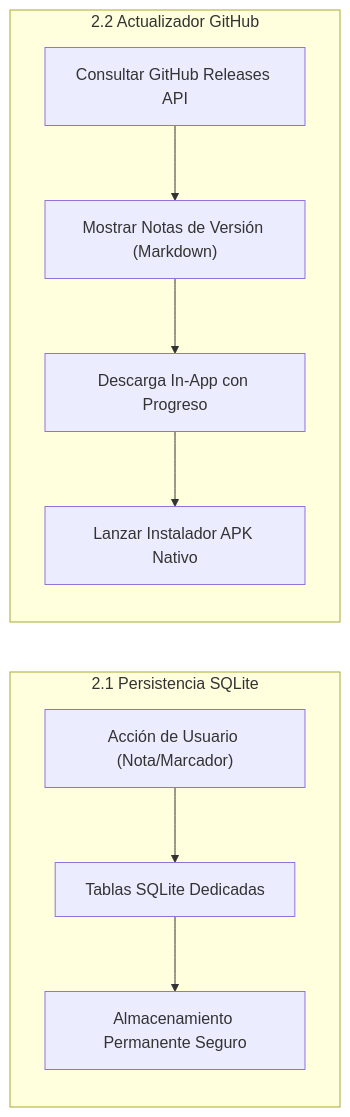
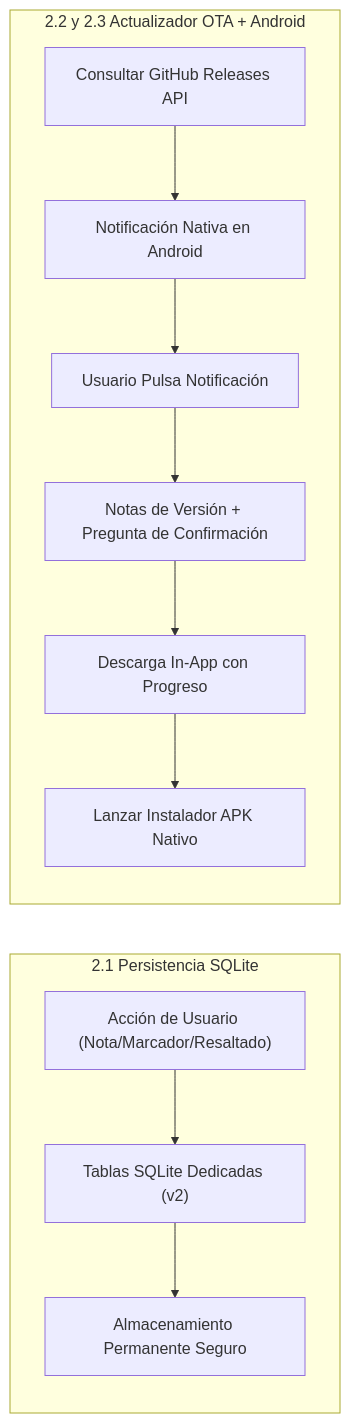
The second of 4 diagrams in Archivos_md/PLAN_IMPLEMENTACION.md (NetOpsSolutions/Berea_Interlineal), drawn with Mermaid before and after one commit. The commit also changed other lines of this file and 40 other files, not shown here.

First line of the commit message:
feat(ios): Add GitHub Actions iOS packaging workflow, .ipa support & Phase 3 UX

````diff
--- a/Archivos_md/PLAN_IMPLEMENTACION.md
+++ b/Archivos_md/PLAN_IMPLEMENTACION.md
@@ -37,12 +37,14 @@
 ```mermaid
 flowchart LR
     subgraph S1["2.1 Persistencia SQLite"]
-        UI["Acción de Usuario (Nota/Marcador)"] --> DB["Tablas SQLite Dedicadas"]
+        UI["Acción de Usuario (Nota/Marcador/Resaltado)"] --> DB["Tablas SQLite Dedicadas (v2)"]
         DB --> Disk["Almacenamiento Permanente Seguro"]
     end
-    subgraph S2["2.2 Actualizador GitHub"]
-        Check["Consultar GitHub Releases API"] --> Modal["Mostrar Notas de Versión (Markdown)"]
+    subgraph S2["2.2 y 2.3 Actualizador OTA + Android"]
+        Check["Consultar GitHub Releases API"] --> SysNotif["Notificación Nativa en Android"]
+        SysNotif --> Tap["Usuario Pulsa Notificación"]
+        Tap --> Modal["Notas de Versión + Pregunta de Confirmación"]
         Modal --> Download["Descarga In-App con Progreso"]
         Download --> Install["Lanzar Instalador APK Nativo"]
     end
 ```
````
